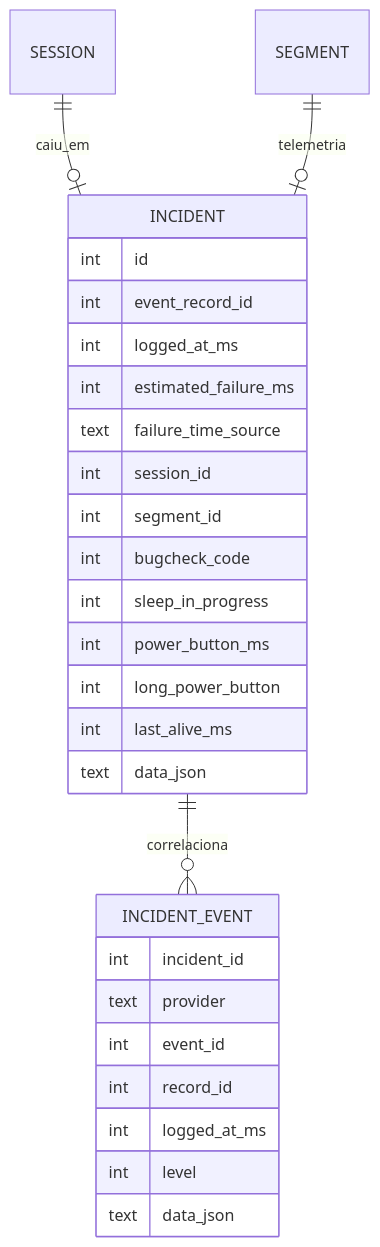
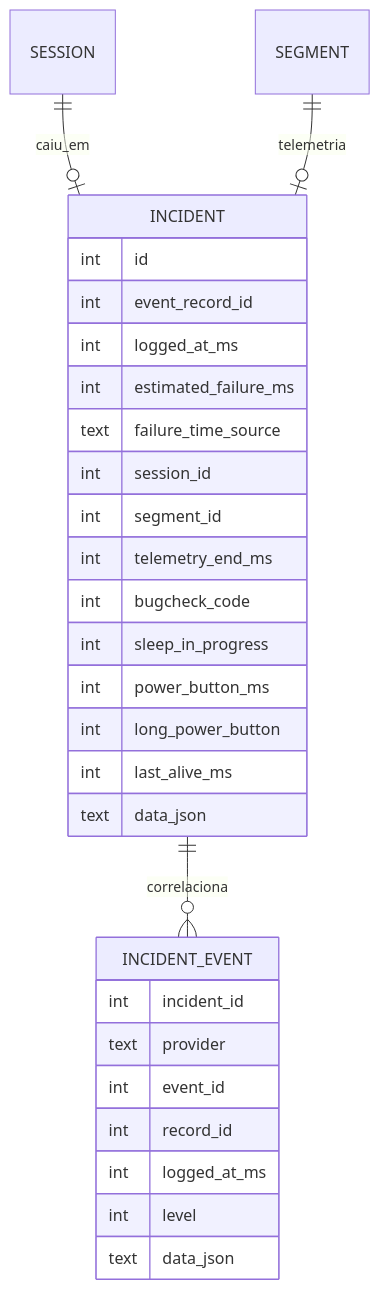
Before and after one commit to oGabrielSilva/caixa-preta-pc-monitor: the second of 3 diagrams in docs/architecture/data-model.md, drawn with Mermaid. The commit also changed other lines of this file and 40 other files, not shown here.

First line of the commit message:
fix: make incident evidence trustworthy under boot loops, sleep, clock errors and partial failures

````diff
--- a/docs/architecture/data-model.md
+++ b/docs/architecture/data-model.md
@@ -25,8 +25,8 @@
 ```mermaid
 erDiagram
     SESSION ||--o| INCIDENT : caiu_em
     SEGMENT ||--o| INCIDENT : telemetria
     INCIDENT ||--o{ INCIDENT_EVENT : correlaciona
-    INCIDENT { int id  int event_record_id  int logged_at_ms  int estimated_failure_ms  text failure_time_source  int session_id  int segment_id  int bugcheck_code  int sleep_in_progress  int power_button_ms  int long_power_button  int last_alive_ms  text data_json }
+    INCIDENT { int id  int event_record_id  int logged_at_ms  int estimated_failure_ms  text failure_time_source  int session_id  int segment_id  int telemetry_end_ms  int bugcheck_code  int sleep_in_progress  int power_button_ms  int long_power_button  int last_alive_ms  text data_json }
     INCIDENT_EVENT { int incident_id  text provider  int event_id  int record_id  int logged_at_ms  int level  text data_json }
 ```
````
